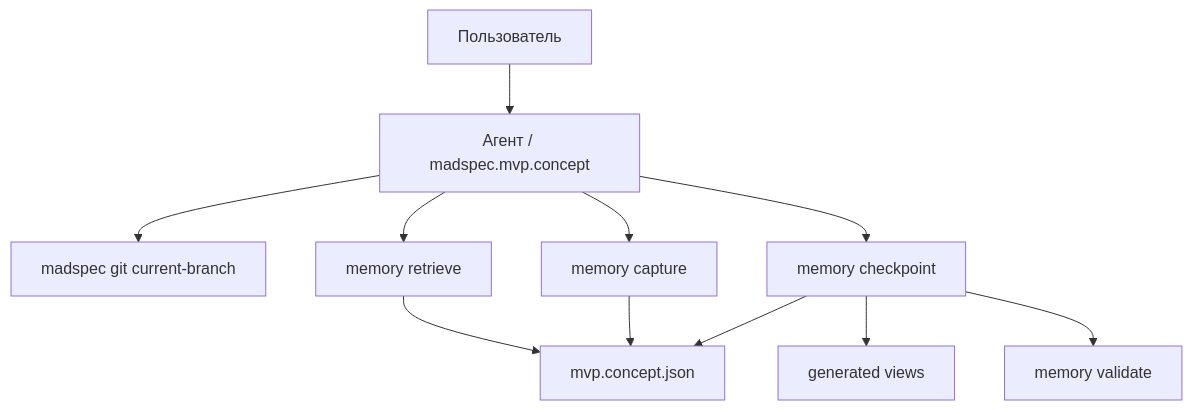
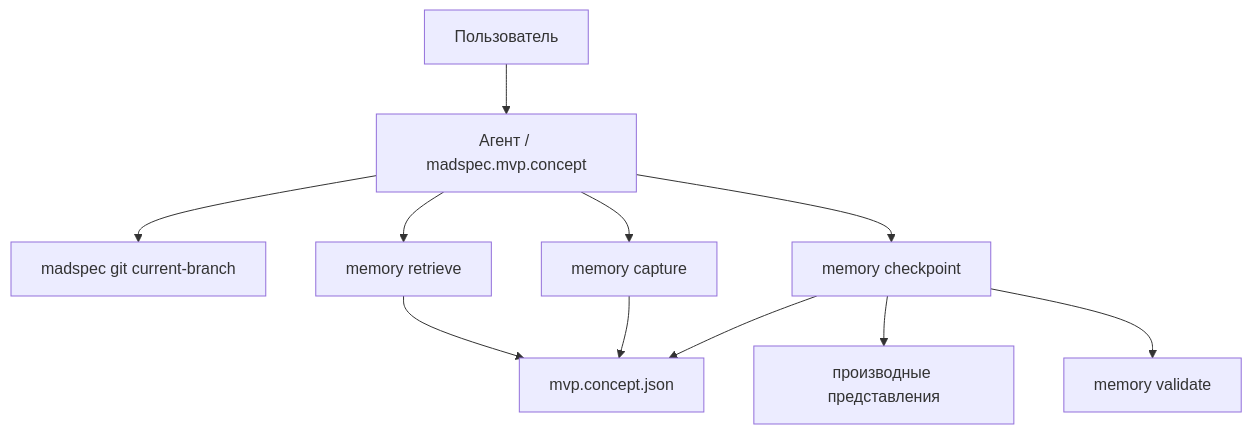
One commit to MADTeacher/MADSpec changed the first of 4 diagrams in docs/mvp/madspec.mvp.concept.md. Above: the diagram before and after it, drawn with Mermaid. The commit also changed other lines of this file and 19 other files, not shown here.

````diff
--- a/docs/mvp/madspec.mvp.concept.md
+++ b/docs/mvp/madspec.mvp.concept.md
@@ -98,13 +98,13 @@
 ```mermaid
 flowchart TD
     U["Пользователь"] --> A["Агент / madspec.mvp.concept"]
     A --> B["madspec git current-branch"]
     A --> R["memory retrieve"]
     A --> C["memory capture"]
     A --> K["memory checkpoint"]
     R --> S["mvp.concept.json"]
     C --> S
     K --> S
-    K --> G["generated views"]
+    K --> G["производные представления"]
     K --> V["memory validate"]
 ```
````
